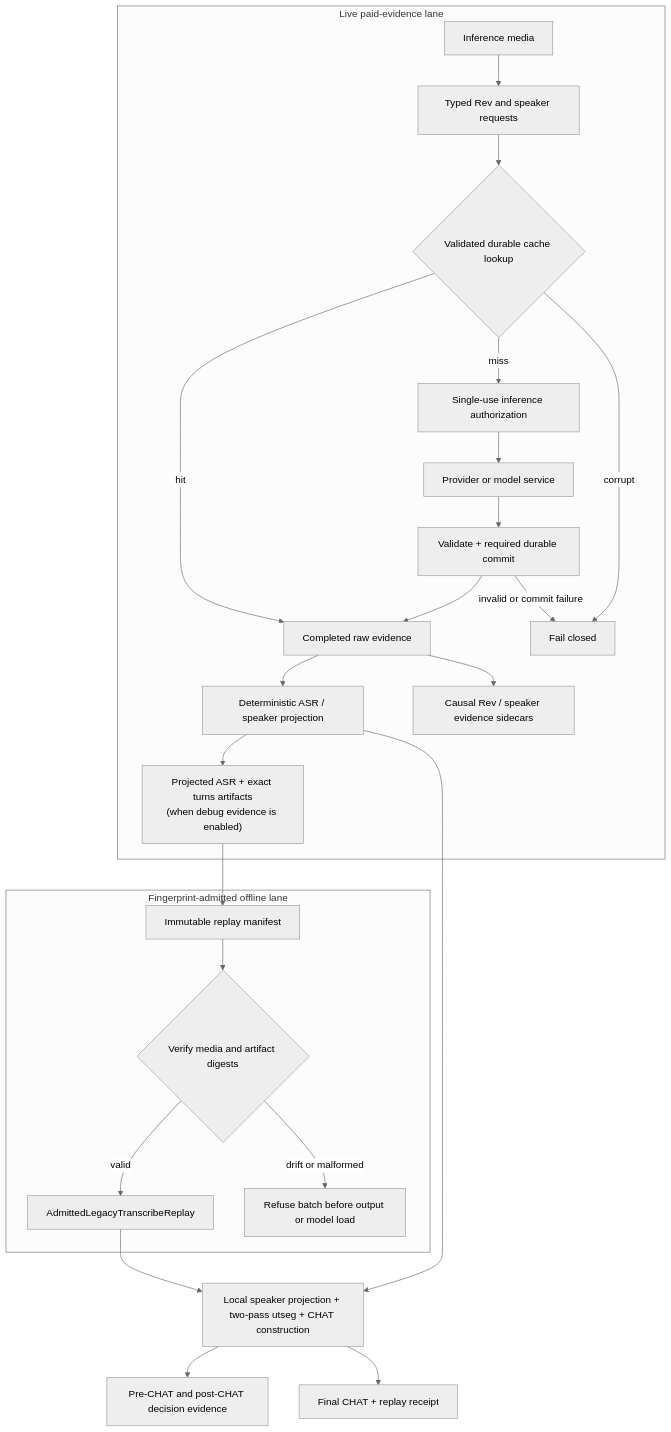
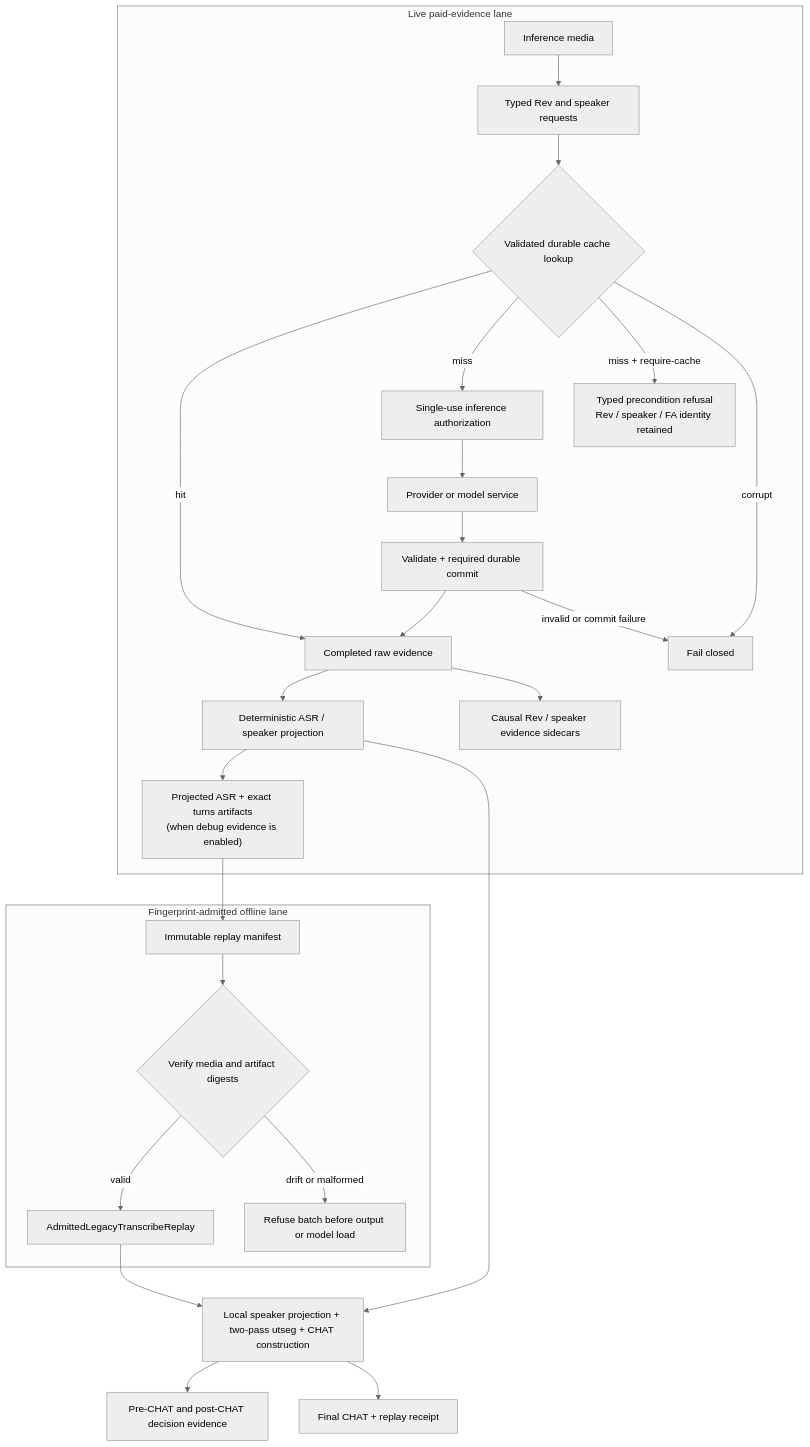
Before and after one commit to TalkBank/talkbank-tools: the first of 5 diagrams in book/src/batchalign/architecture/observability.md, drawn with Mermaid (neutral theme). The commit also changed other lines of this file and 49 other files, not shown here.

````diff
--- a/book/src/batchalign/architecture/observability.md
+++ b/book/src/batchalign/architecture/observability.md
@@ -28,29 +28,30 @@
 ```mermaid
 flowchart TB
     subgraph LIVE["Live paid-evidence lane"]
         M["Inference media"] --> Q["Typed Rev and speaker requests"]
         Q --> C{"Validated durable cache lookup"}
         C -->|"hit"| E["Completed raw evidence"]
         C -->|"miss"| A["Single-use inference authorization"]
+        C -->|"miss + require-cache"| R["Typed precondition refusal<br/>Rev / speaker / FA identity retained"]
         C -->|"corrupt"| F["Fail closed"]
         A --> S["Provider or model service"]
         S --> V["Validate + required durable commit"]
         V --> E
         V -->|"invalid or commit failure"| F
         E --> P["Deterministic ASR / speaker projection"]
         E --> CE["Causal Rev / speaker evidence sidecars"]
         P --> PA["Projected ASR + exact turns artifacts<br/>(when debug evidence is enabled)"]
     end
 
     subgraph REPLAY["Fingerprint-admitted offline lane"]
         PA --> MF["Immutable replay manifest"]
         MF --> AD{"Verify media and artifact digests"}
         AD -->|"valid"| LR["AdmittedLegacyTranscribeReplay"]
         AD -->|"drift or malformed"| RF["Refuse batch before output or model load"]
     end
 
     P --> LP["Local speaker projection + two-pass utseg + CHAT construction"]
     LR --> LP
     LP --> UTE["Pre-CHAT and post-CHAT decision evidence"]
     LP --> CHAT["Final CHAT + replay receipt"]
 ```
````
